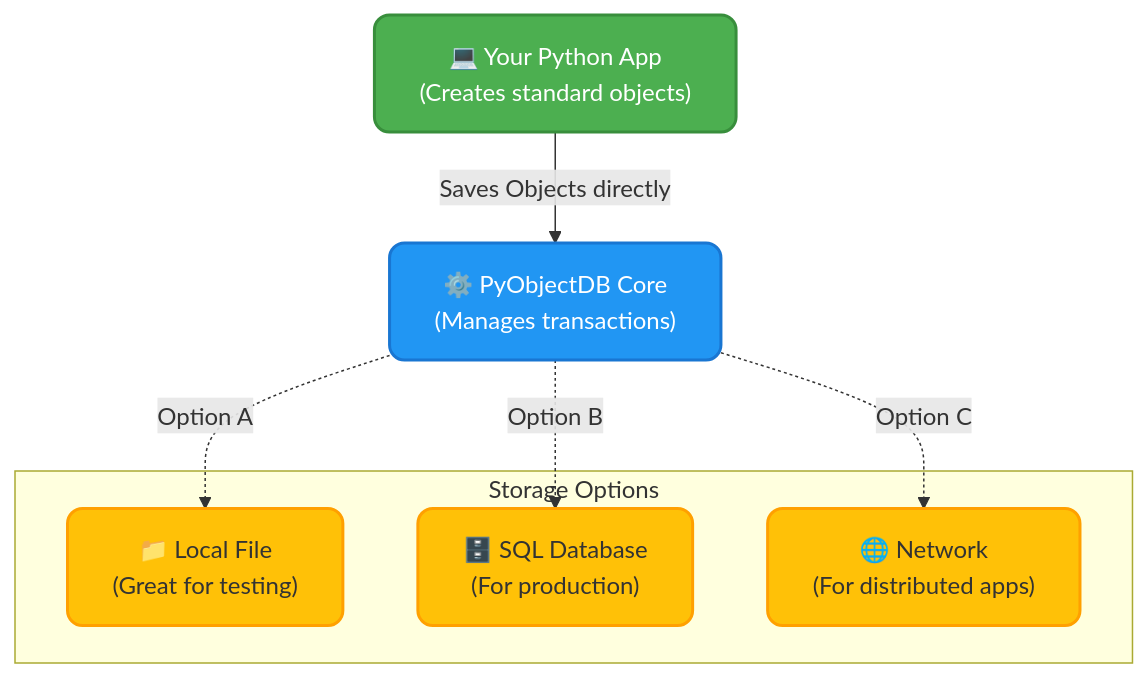
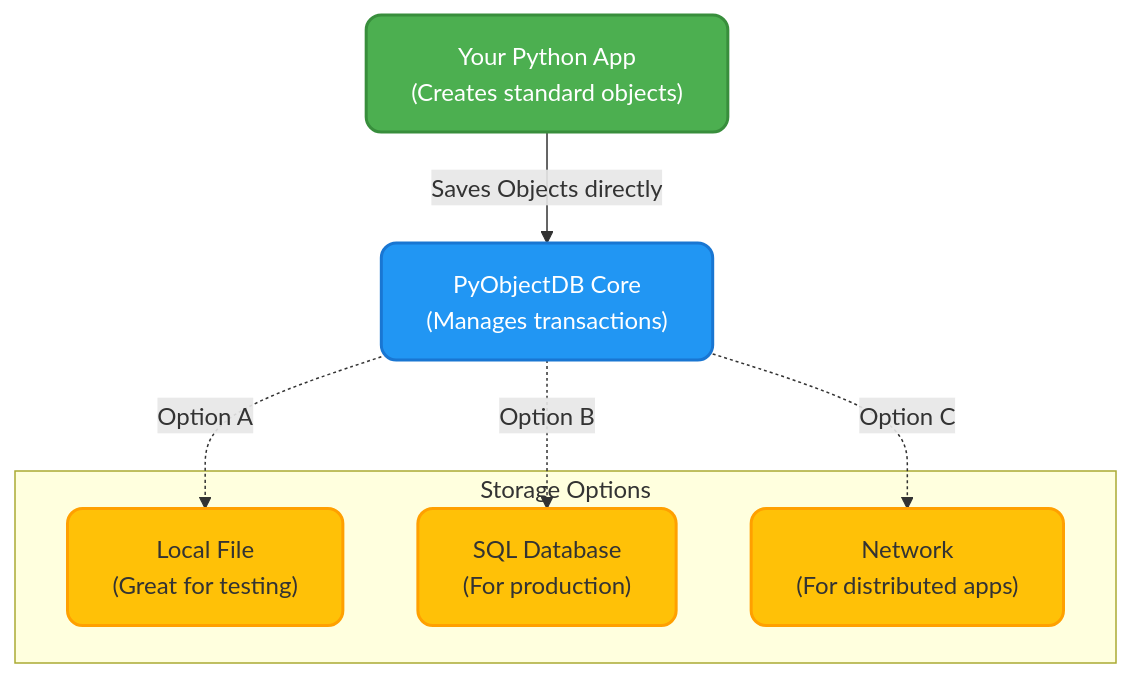
The diagram in README.md (Sat-14/PyObjectDB), drawn with Mermaid before and after one commit. The commit also changed other lines of this file, not shown here.

Commit message:
Remove emojis from README

````diff
--- a/README.md
+++ b/README.md
@@ -18,22 +18,22 @@
 ```mermaid
 flowchart TD
     %% Define styles for a friendly look
     classDef app fill:#4CAF50,stroke:#388E3C,stroke-width:2px,color:#fff,rx:10,ry:10
     classDef core fill:#2196F3,stroke:#1976D2,stroke-width:2px,color:#fff,rx:10,ry:10
     classDef storage fill:#FFC107,stroke:#FFA000,stroke-width:2px,color:#333,rx:10,ry:10
 
-    App["💻 Your Python App\n(Creates standard objects)"]:::app
-    Core["⚙️ PyObjectDB Core\n(Manages transactions)"]:::core
+    App[" Your Python App\n(Creates standard objects)"]:::app
+    Core[" PyObjectDB Core\n(Manages transactions)"]:::core
     
     App -->|Saves Objects directly| Core
     
     subgraph Storage Options
-        File["📁 Local File\n(Great for testing)"]:::storage
-        DB["🗄️ SQL Database\n(For production)"]:::storage
-        Net["🌐 Network\n(For distributed apps)"]:::storage
+        File[" Local File\n(Great for testing)"]:::storage
+        DB[" SQL Database\n(For production)"]:::storage
+        Net[" Network\n(For distributed apps)"]:::storage
     end
     
     Core -.->|Option A| File
     Core -.->|Option B| DB
     Core -.->|Option C| Net
 ```
````
